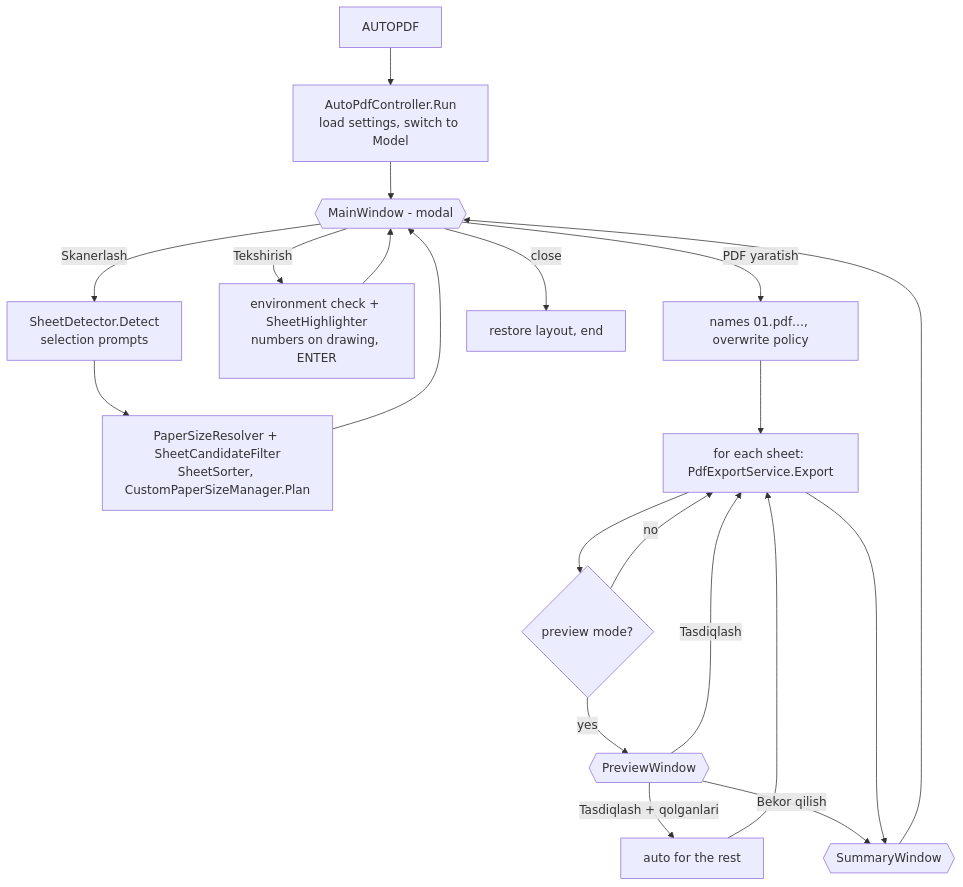
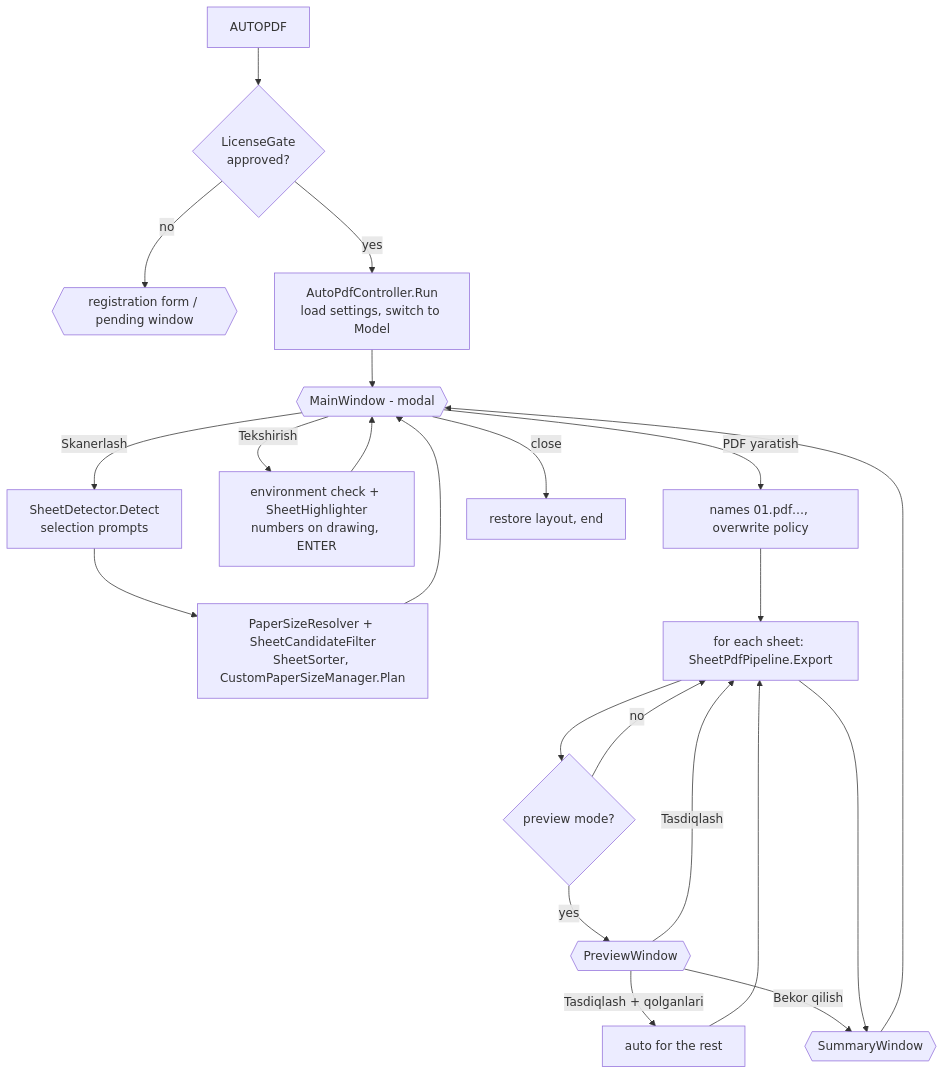
The diagram in docs/ARCHITECTURE.md (oybekkushmuratov88-ai/AutoPDFPro-New), drawn with Mermaid before and after one commit. The commit also changed other lines of this file and 25 other files, not shown here.

````diff
--- a/docs/ARCHITECTURE.md
+++ b/docs/ARCHITECTURE.md
@@ -50,22 +59,24 @@
 ```mermaid
 flowchart TD
-    A[AUTOPDF] --> B[AutoPdfController.Run<br/>load settings, switch to Model]
+    A[AUTOPDF] --> A1{LicenseGate<br/>approved?}
+    A1 -- no --> A2{{registration form / pending window}}
+    A1 -- yes --> B[AutoPdfController.Run<br/>load settings, switch to Model]
     B --> C{{MainWindow - modal}}
     C -- Skanerlash --> D[SheetDetector.Detect<br/>selection prompts]
     D --> E[PaperSizeResolver + SheetCandidateFilter<br/>SheetSorter, CustomPaperSizeManager.Plan]
     E --> C
     C -- Tekshirish --> F[environment check + SheetHighlighter<br/>numbers on drawing, ENTER]
     F --> C
     C -- PDF yaratish --> G[names 01.pdf…, overwrite policy]
-    G --> H[for each sheet: PdfExportService.Export]
+    G --> H[for each sheet: SheetPdfPipeline.Export]
     H --> I{preview mode?}
     I -- yes --> J{{PreviewWindow}}
     J -- Tasdiqlash --> H
     J -- Tasdiqlash + qolganlari --> K[auto for the rest]
     K --> H
     J -- Bekor qilish --> L
     I -- no --> H
     H --> L{{SummaryWindow}}
     L --> C
     C -- close --> Z[restore layout, end]
 ```
````
